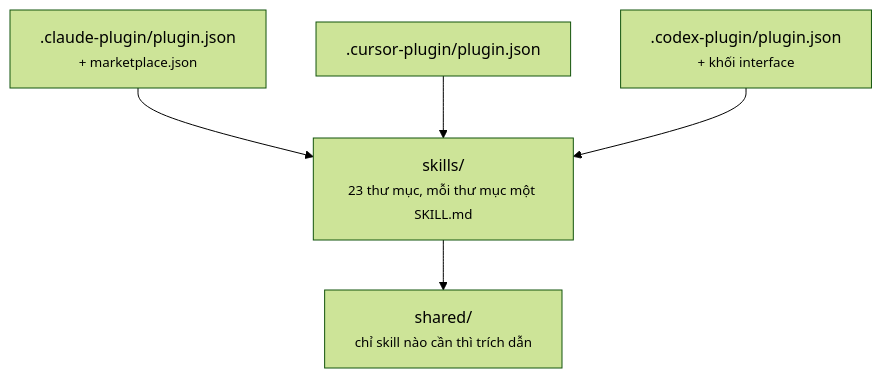
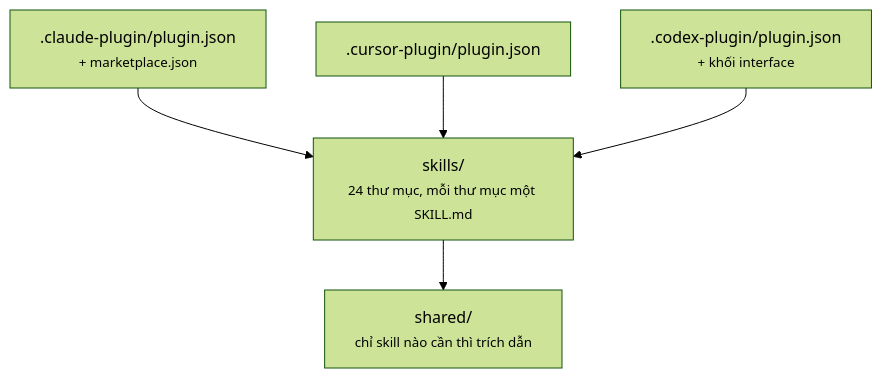
The first of 2 diagrams in docs/vi/system-architecture.md (lamngockhuong/aiteamkit), drawn with Mermaid (forest theme) before and after one commit. The commit also changed other lines of this file and 47 other files, not shown here.

````diff
--- a/docs/vi/system-architecture.md
+++ b/docs/vi/system-architecture.md
@@ -45,7 +45,7 @@
 ```mermaid
 flowchart TD
-    CP[".claude-plugin/plugin.json<br/><small>+ marketplace.json</small>"] --> SK["skills/<br/><small>23 thư mục, mỗi thư mục một SKILL.md</small>"]
+    CP[".claude-plugin/plugin.json<br/><small>+ marketplace.json</small>"] --> SK["skills/<br/><small>24 thư mục, mỗi thư mục một SKILL.md</small>"]
     UP[".cursor-plugin/plugin.json"] --> SK
     XP[".codex-plugin/plugin.json<br/><small>+ khối interface</small>"] --> SK
     SK --> SH["shared/<br/><small>chỉ skill nào cần thì trích dẫn</small>"]
 ```
````
